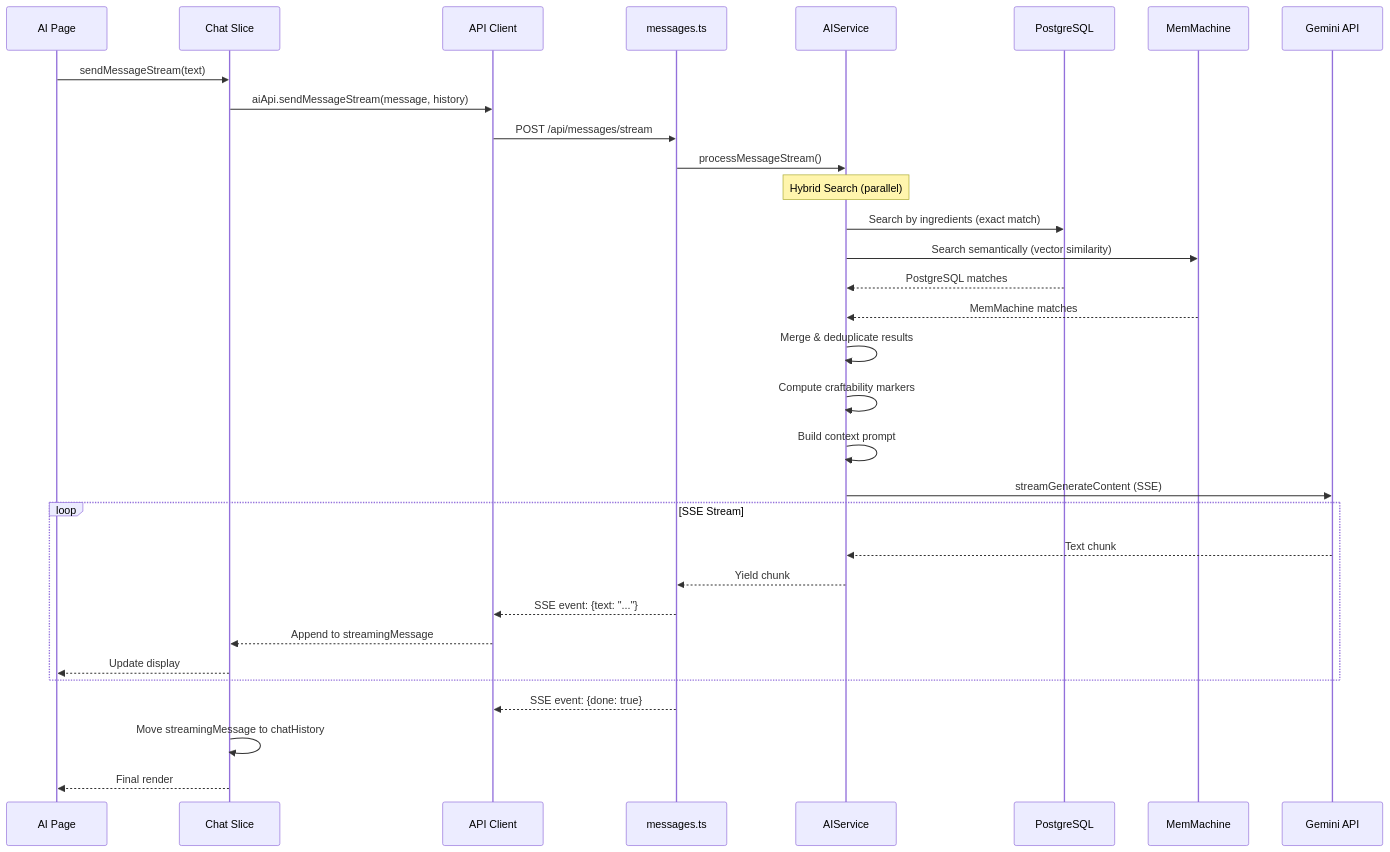
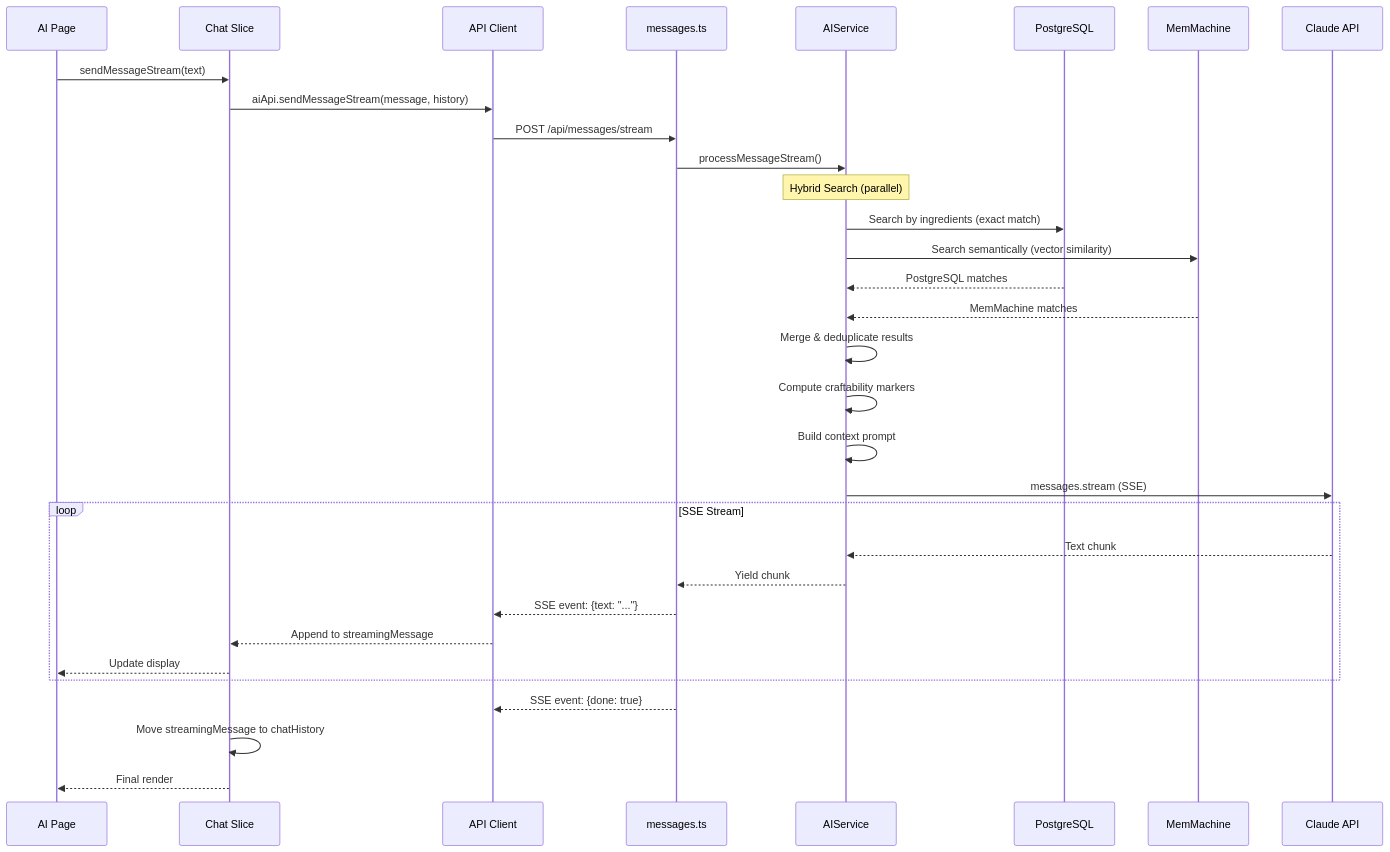
The tenth of 12 diagrams in Documentation/ARCHITECTURE.md (JLawMcGraw/alchemix), drawn with Mermaid before and after one commit. The commit also changed other lines of this file, not shown here.

Commit message:
docs: update ARCHITECTURE.md Gemini references to Claude Sonnet 4.6

````diff
--- a/Documentation/ARCHITECTURE.md
+++ b/Documentation/ARCHITECTURE.md
@@ -724,39 +724,39 @@
 ```mermaid
 sequenceDiagram
     participant UI as AI Page
     participant Store as Chat Slice
     participant API as API Client
     participant Route as messages.ts
     participant AISvc as AIService
     participant DB as PostgreSQL
     participant MM as MemMachine
-    participant Gemini as Gemini API
+    participant Claude as Claude API
 
     UI->>Store: sendMessageStream(text)
     Store->>API: aiApi.sendMessageStream(message, history)
     API->>Route: POST /api/messages/stream
     Route->>AISvc: processMessageStream()
 
     Note over AISvc: Hybrid Search (parallel)
     AISvc->>DB: Search by ingredients (exact match)
     AISvc->>MM: Search semantically (vector similarity)
     DB-->>AISvc: PostgreSQL matches
     MM-->>AISvc: MemMachine matches
 
     AISvc->>AISvc: Merge & deduplicate results
     AISvc->>AISvc: Compute craftability markers
     AISvc->>AISvc: Build context prompt
-    AISvc->>Gemini: streamGenerateContent (SSE)
+    AISvc->>Claude: messages.stream (SSE)
 
     loop SSE Stream
-        Gemini-->>AISvc: Text chunk
+        Claude-->>AISvc: Text chunk
         AISvc-->>Route: Yield chunk
         Route-->>API: SSE event: {text: "..."}
         API-->>Store: Append to streamingMessage
         Store-->>UI: Update display
     end
 
     Route-->>API: SSE event: {done: true}
     Store->>Store: Move streamingMessage to chatHistory
     Store-->>UI: Final render
 ```
````
